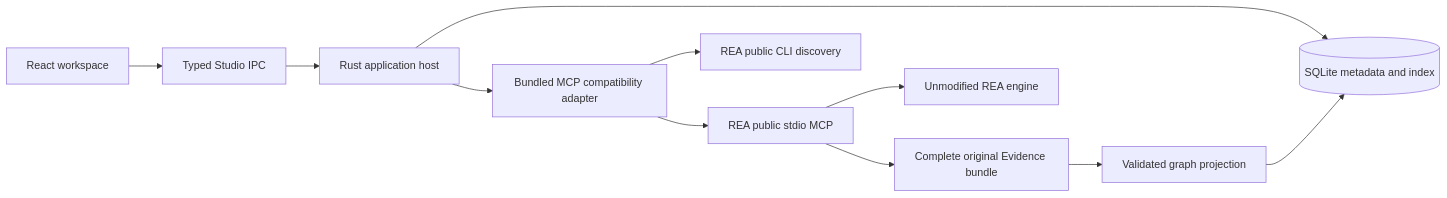
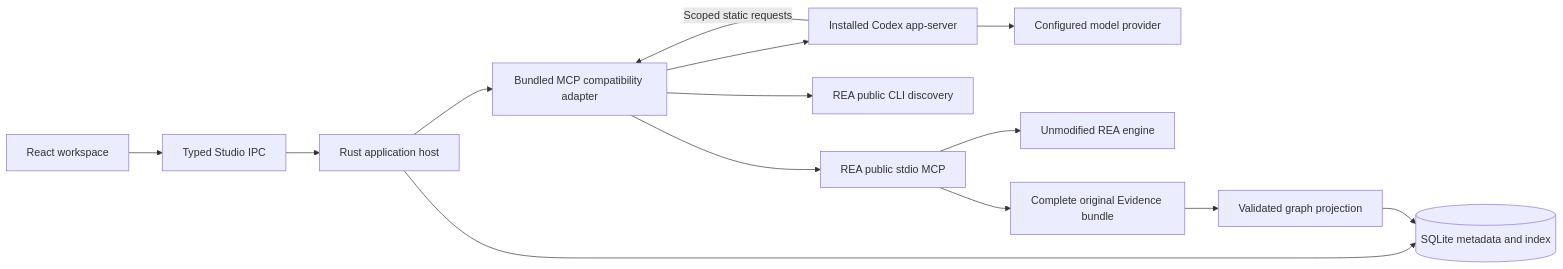
The diagram in rea-studio/docs/ARCHITECTURE.md (0xthearchitect/rea), drawn with Mermaid before and after one commit. The commit also changed other lines of this file and 41 other files, not shown here.

Commit message:
feat(studio): add native workflows and Codex agent canvas

````diff
--- a/rea-studio/docs/ARCHITECTURE.md
+++ b/rea-studio/docs/ARCHITECTURE.md
@@ -7,13 +7,16 @@
 ```mermaid
 flowchart LR
   UI[React workspace] --> API[Typed Studio IPC]
   API --> Host[Rust application host]
   Host --> DB[(SQLite metadata and index)]
   Host --> Bridge[Bundled MCP compatibility adapter]
+  Bridge --> Agent[Installed Codex app-server]
+  Agent --> Model[Configured model provider]
+  Agent -->|Scoped static requests| Bridge
   Bridge --> CLI[REA public CLI discovery]
   Bridge --> MCP[REA public stdio MCP]
   MCP --> Engine[Unmodified REA engine]
   MCP --> Raw[Complete original Evidence bundle]
   Raw --> Projection[Validated graph projection]
   Projection --> DB
 ```
````
